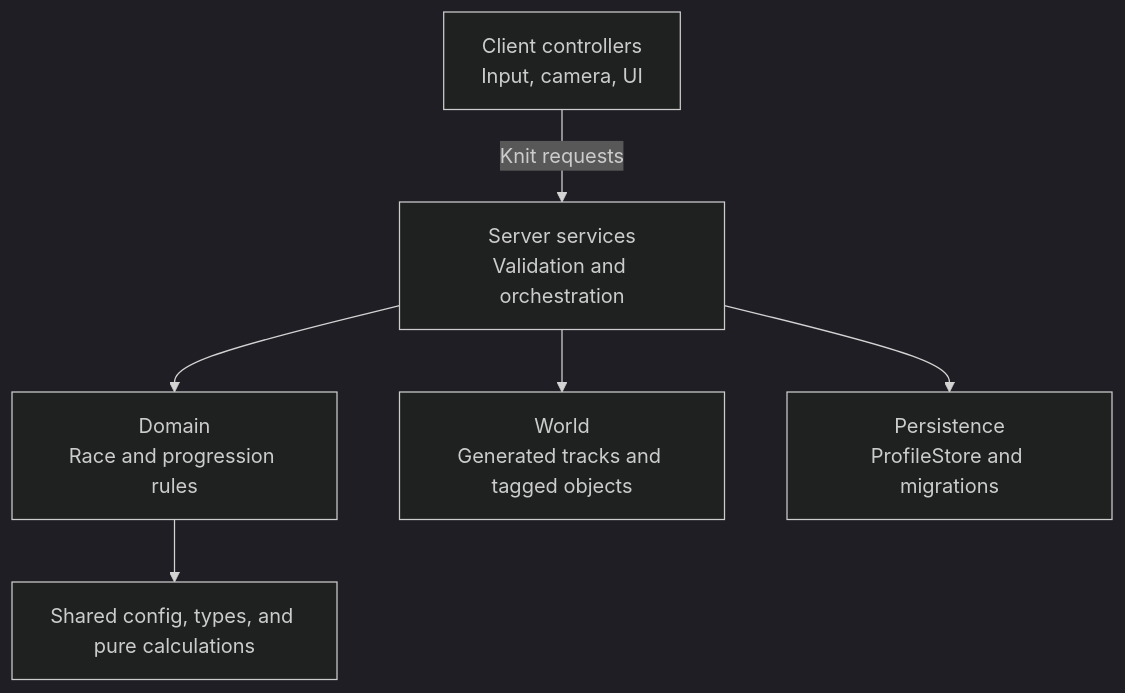
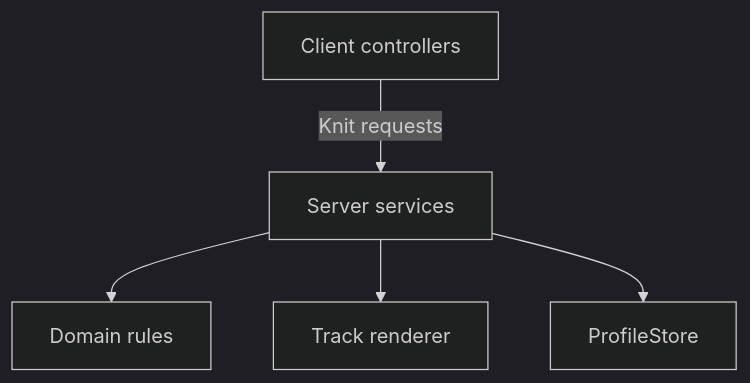
The diagram in README.md (Patch-The-Dev/gun-runner), drawn with Mermaid (dark theme) before and after one commit.

Commit message:
Simplify README architecture diagram

````diff
--- a/README.md
+++ b/README.md
@@ -49,8 +49,7 @@
 ```mermaid
 flowchart TD
-    Client["Client controllers<br/>Input, camera, UI"] -->|"Knit requests"| Services["Server services<br/>Validation and orchestration"]
-    Services --> Domain["Domain<br/>Race and progression rules"]
-    Services --> World["World<br/>Generated tracks and tagged objects"]
-    Services --> Data["Persistence<br/>ProfileStore and migrations"]
-    Domain --> Shared["Shared config, types, and pure calculations"]
+    Client["Client controllers"] -->|"Knit requests"| Services["Server services"]
+    Services --> Domain["Domain rules"]
+    Services --> World["Track renderer"]
+    Services --> Data["ProfileStore"]
 ```
````
